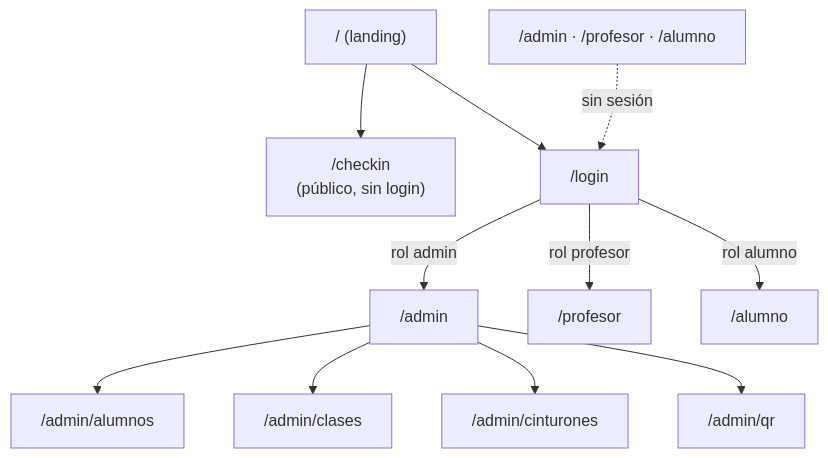
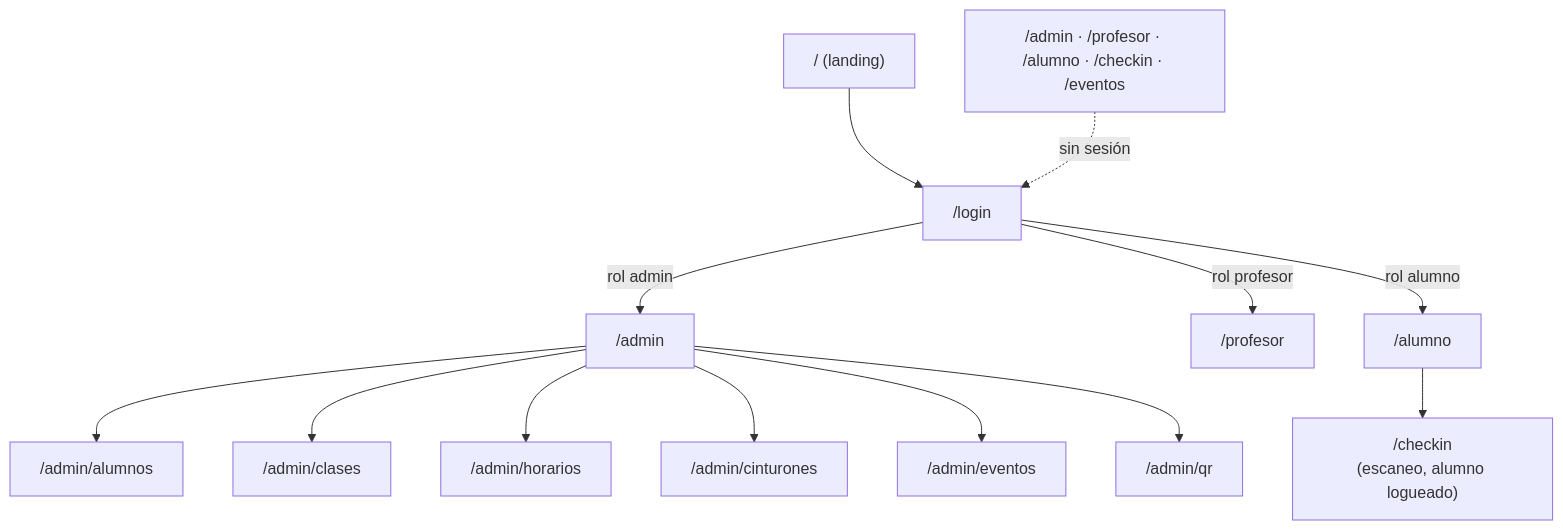
Before and after one commit to tomascorujodev/bjj-tracker: the first of 2 diagrams in docs/VISTAS.md, drawn with Mermaid. The commit also changed other lines of this file and 51 other files, not shown here.

````diff
--- a/docs/VISTAS.md
+++ b/docs/VISTAS.md
@@ -9,17 +9,20 @@
 ```mermaid
 flowchart TD
   Home["/ (landing)"]
-  Home --> Checkin["/checkin\n(público, sin login)"]
   Home --> Login["/login"]
 
   Login -->|rol admin| Admin["/admin"]
   Login -->|rol profesor| Profesor["/profesor"]
   Login -->|rol alumno| Alumno["/alumno"]
 
   Admin --> Alumnos["/admin/alumnos"]
   Admin --> Clases["/admin/clases"]
+  Admin --> Horarios["/admin/horarios"]
   Admin --> Cinturones["/admin/cinturones"]
+  Admin --> Eventos["/admin/eventos"]
   Admin --> QR["/admin/qr"]
 
-  Protegidas["/admin · /profesor · /alumno"] -.sin sesión.-> Login
+  Alumno --> Checkin["/checkin\n(escaneo, alumno logueado)"]
+
+  Protegidas["/admin · /profesor · /alumno · /checkin · /eventos"] -.sin sesión.-> Login
 ```
````
